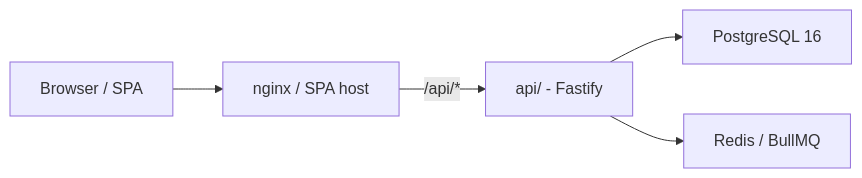
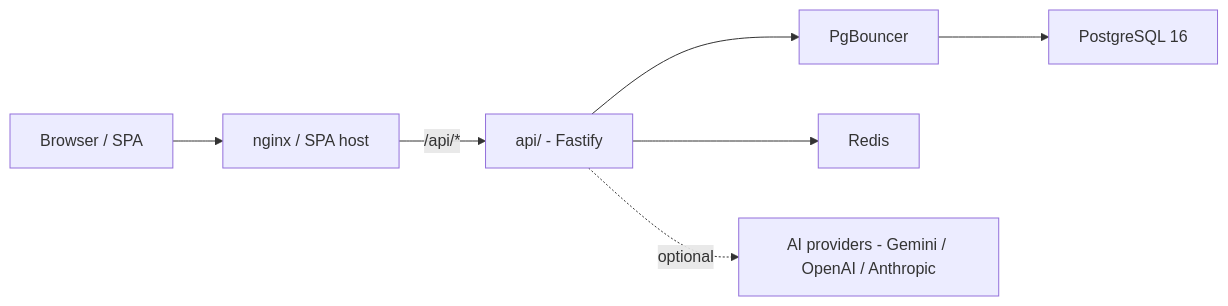
The diagram in frontend/docs/project-state.md (Davmunrey/CRM-Project), drawn with Mermaid before and after one commit. The commit also changed other lines of this file and 6 other files, not shown here.

````diff
--- a/frontend/docs/project-state.md
+++ b/frontend/docs/project-state.md
@@ -43,12 +43,16 @@
 ```mermaid
 flowchart LR
   Browser[Browser / SPA]
   Nginx[nginx / SPA host]
   API[api/ - Fastify]
+  PgBouncer[PgBouncer]
   Postgres[PostgreSQL 16]
-  Redis[Redis / BullMQ]
+  Redis[Redis]
+  AI[AI providers - Gemini / OpenAI / Anthropic]
   Browser --> Nginx
   Nginx -->|/api/*| API
-  API --> Postgres
+  API --> PgBouncer
+  PgBouncer --> Postgres
   API --> Redis
+  API -.optional.-> AI
 ```
````
